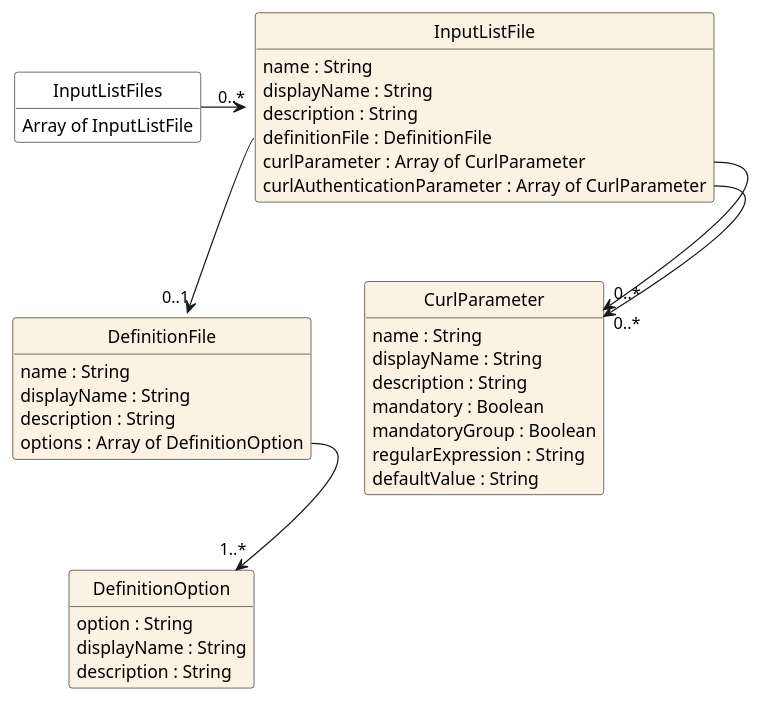
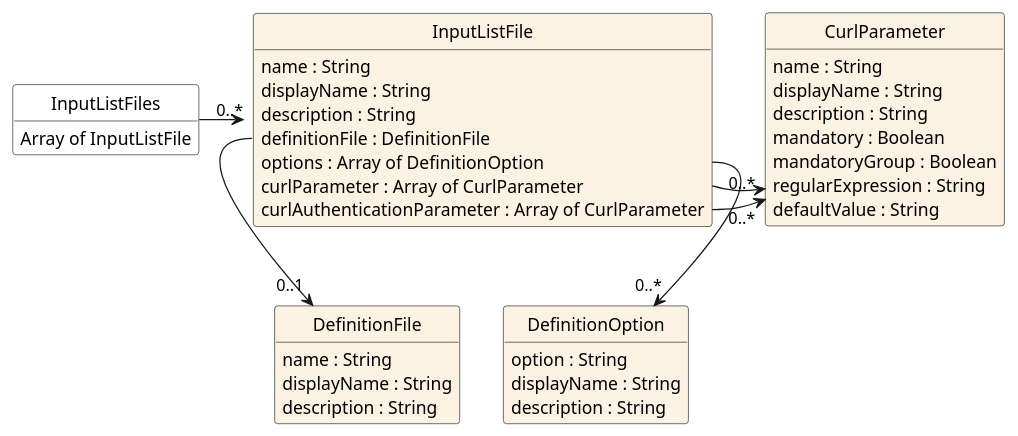
One commit to jfudickar/json2puml changed the diagram in documentation/models/getinputlistfiles/getinputlistfiles-v2.puml. Above: the diagram before and after it, drawn with PlantUML. The commit also changed 14 other files, not shown here.

```diff
--- a/documentation/models/getinputlistfiles/getinputlistfiles-v2.puml
+++ b/documentation/models/getinputlistfiles/getinputlistfiles-v2.puml
@@ -1,57 +1,57 @@
 @startuml
 hide circle
 hide methods
 hide stereotype
 show <<Enumeration>> stereotype
 skinparam class {
    BackgroundColor<<Enumeration>> #E6F5F7
    BackgroundColor<<Ref>> #FFFFE0
    BackgroundColor<<Pivot>> #FFFFFFF
    BackgroundColor #FCF2E3
 }
 
 class DefinitionFile{
    name : String
    displayName : String
    description : String
-   options : Array of DefinitionOption
 }
 class DefinitionOption {
    option : String
    displayName : String
    description : String
 }
 
 class CurlParameter{
    name : String
    displayName : String
    description : String
    mandatory : Boolean
    mandatoryGroup : Boolean
    regularExpression : String
    defaultValue : String
 }
 
 class InputListFile {
    name : String
    displayName : String
    description : String
    definitionFile : DefinitionFile
+   options : Array of DefinitionOption
    curlParameter : Array of CurlParameter
    curlAuthenticationParameter : Array of CurlParameter
 }
 
 class InputListFiles <<pivot>>{
    Array of InputListFile
 }
 InputListFiles -right-> "0..*" InputListFile
 InputListFile::definitionFile --> "0..1" DefinitionFile
-DefinitionFile::options --> "1..*" DefinitionOption
-InputListFile::curlParameter --> "0..*" CurlParameter
-InputListFile::curlAuthenticationParameter -> "0..*" CurlParameter
+InputListFile::options --> "0..*" DefinitionOption
+InputListFile::curlParameter -right-> "0..*" CurlParameter
+InputListFile::curlAuthenticationParameter -right-> "0..*" CurlParameter
 
-CurlParameter -[hidden]up-> DefinitionFile
-CurlParameter <-[hidden]left- DefinitionFile
+'CurlParameter -[hidden]up-> DefinitionFile
+'CurlParameter <-[hidden]left- DefinitionFile
 
 
 @enduml
```
